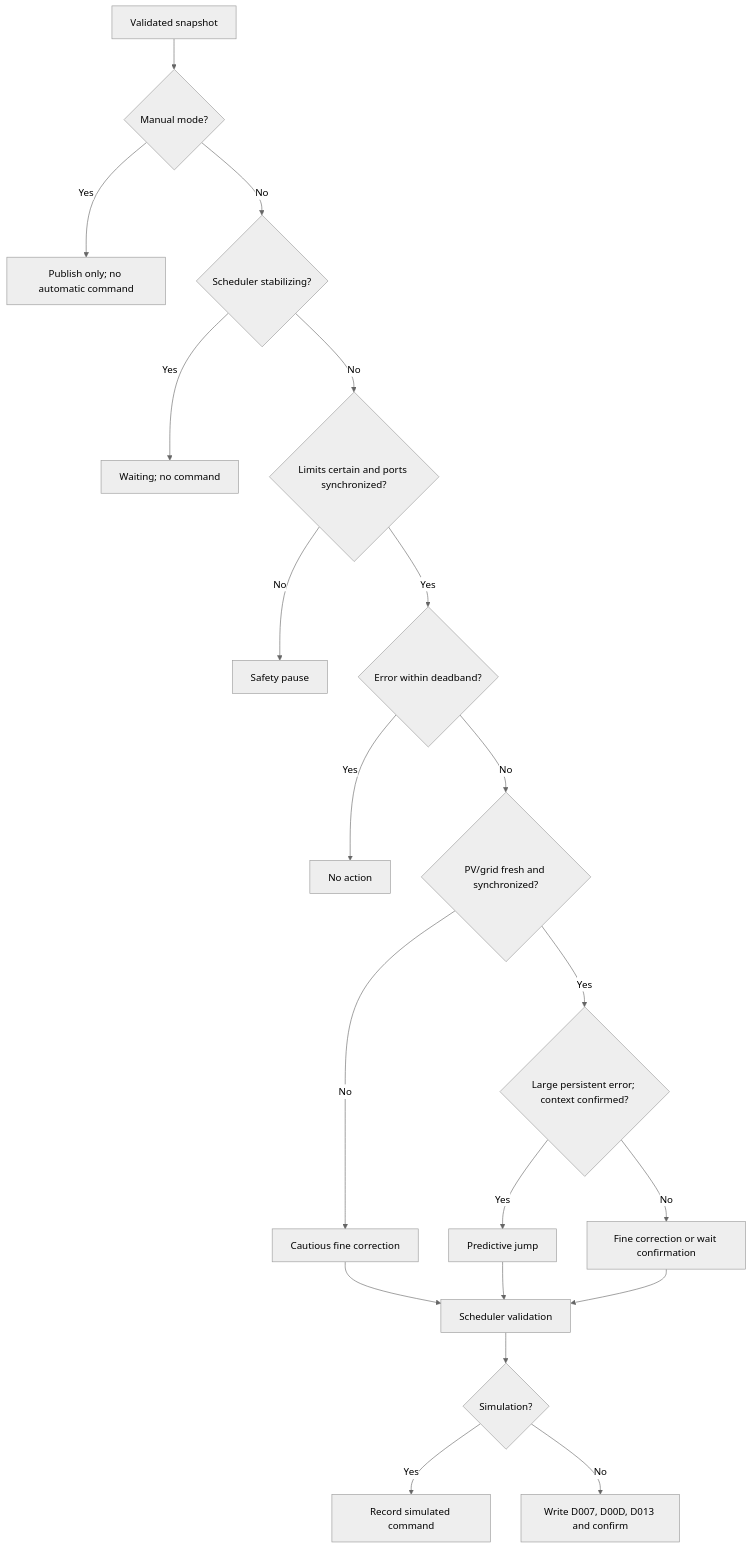
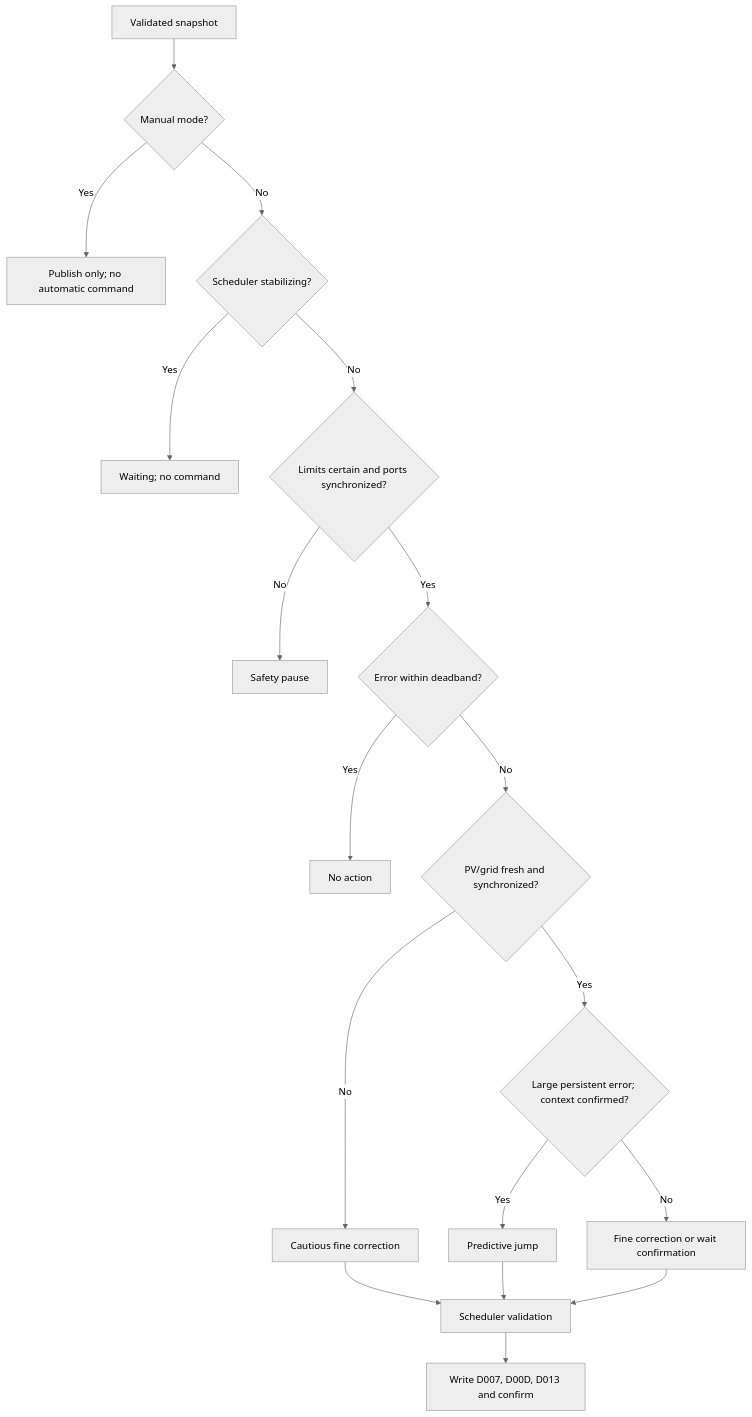
The third of 6 diagrams in docs/Architecture-Specification.md (loisonjf-tech/openems-zero-injection), drawn with Mermaid (neutral theme) before and after one commit. The commit also changed other lines of this file and 21 other files, not shown here.

```diff
--- a/docs/Architecture-Specification.md
+++ b/docs/Architecture-Specification.md
@@ -285,22 +320,20 @@
 ~~~mermaid
 flowchart TD
     A["Validated snapshot"] --> B{"Manual mode?"}
     B -- Yes --> M["Publish only; no automatic command"]
     B -- No --> C{"Scheduler stabilizing?"}
     C -- Yes --> W["Waiting; no command"]
     C -- No --> D{"Limits certain and ports synchronized?"}
     D -- No --> P["Safety pause"]
     D -- Yes --> E{"Error within deadband?"}
     E -- Yes --> N["No action"]
     E -- No --> F{"PV/grid fresh and synchronized?"}
     F -- No --> G["Cautious fine correction"]
     F -- Yes --> H{"Large persistent error; context confirmed?"}
     H -- Yes --> I["Predictive jump"]
     H -- No --> J["Fine correction or wait confirmation"]
     G --> S["Scheduler validation"]
     I --> S
     J --> S
-    S --> K{"Simulation?"}
-    K -- Yes --> L["Record simulated command"]
-    K -- No --> Q["Write D007, D00D, D013 and confirm"]
+    S --> Q["Write D007, D00D, D013 and confirm"]
 ~~~
```
